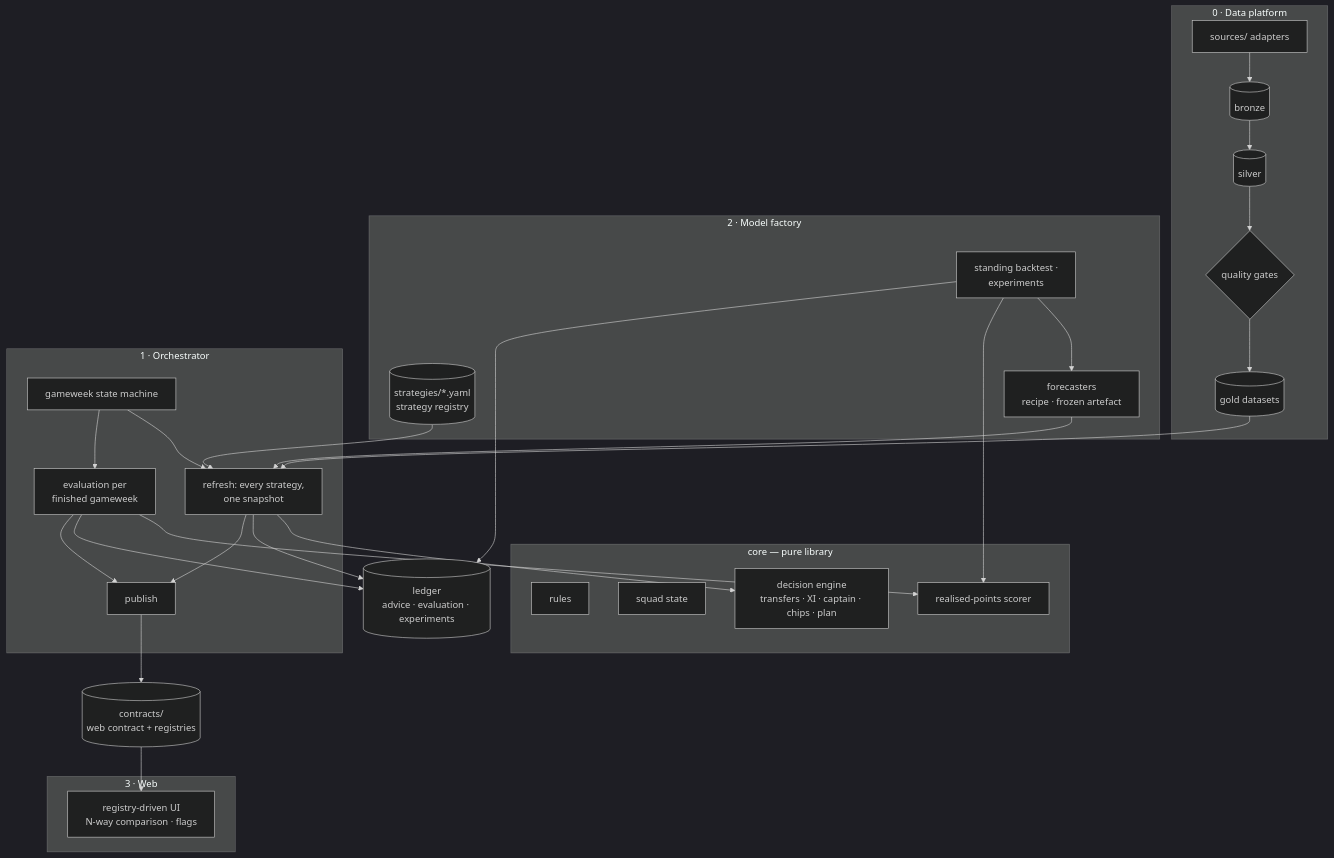
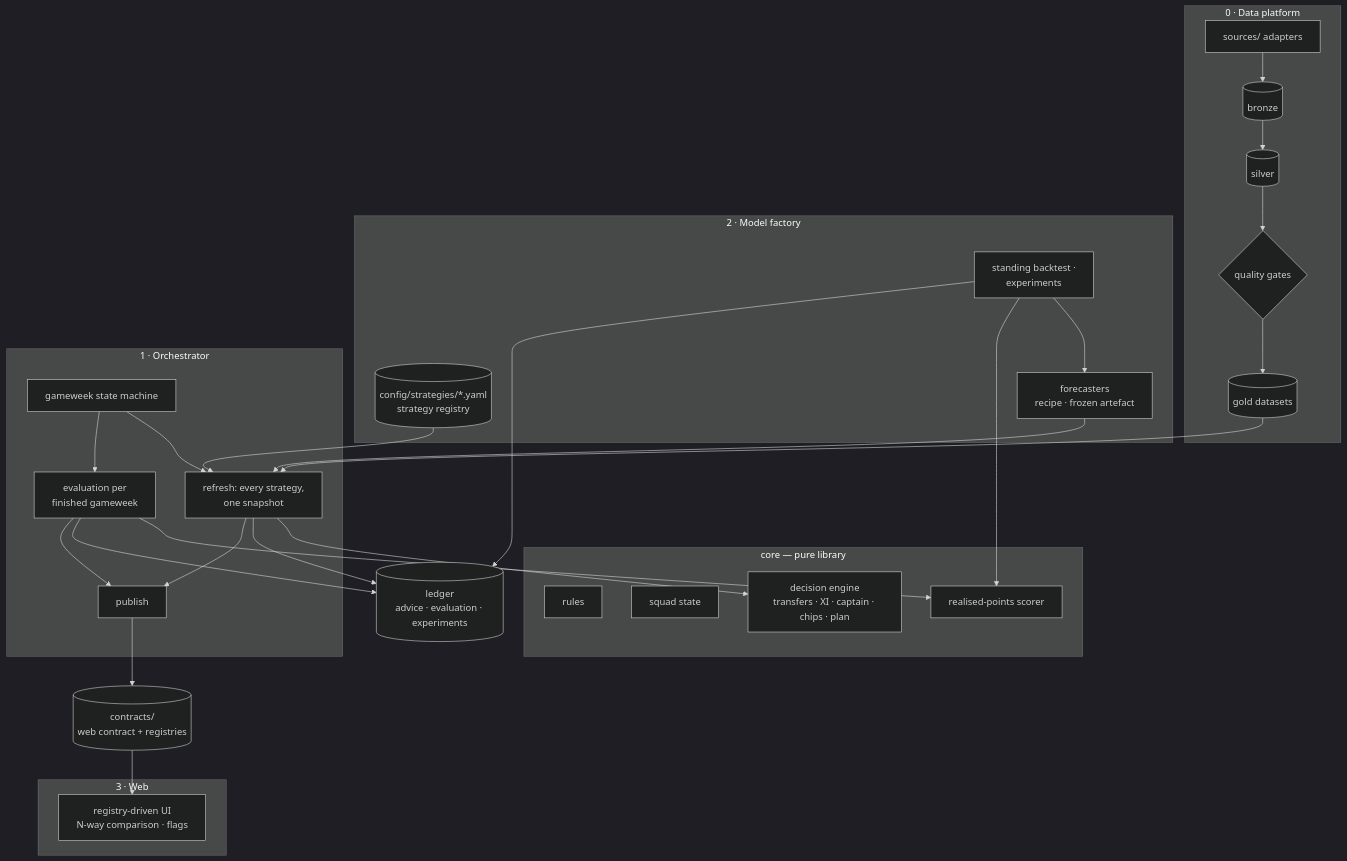
Before and after one commit to talonegg/fpl_dof2: the first of 3 diagrams in docs/planning/05-target-architecture.md, drawn with Mermaid (dark theme). The commit also changed other lines of this file and 5 other files, not shown here.

First line of the commit message:
docs: R1.2.0 resequenced into two drops; archive and odds live; no parity (DL-87)

````diff
--- a/docs/planning/05-target-architecture.md
+++ b/docs/planning/05-target-architecture.md
@@ -77,44 +77,44 @@
 ```mermaid
 flowchart TB
     subgraph M0["0 · Data platform"]
         SRC["sources/ adapters"] --> BR[("bronze")] --> SV[("silver")] --> GT{"quality gates"} --> GD[("gold datasets")]
     end
     subgraph CORE["core — pure library"]
         RU["rules"]
         SQ["squad state"]
         DE["decision engine<br/>transfers · XI · captain · chips · plan"]
         SC["realised-points scorer"]
     end
     subgraph M2["2 · Model factory"]
-        REG[("strategies/*.yaml<br/>strategy registry")]
+        REG[("config/strategies/*.yaml<br/>strategy registry")]
         FC["forecasters<br/>recipe · frozen artefact"]
         BT["standing backtest ·<br/>experiments"]
     end
     subgraph M1["1 · Orchestrator"]
         ST["gameweek state machine"]
         RUN["refresh: every strategy,<br/>one snapshot"]
         EV["evaluation per<br/>finished gameweek"]
         PUB["publish"]
     end
     subgraph M3["3 · Web"]
         UI["registry-driven UI<br/>N-way comparison · flags"]
     end
     LED[("ledger<br/>advice · evaluation · experiments")]
     CON[("contracts/<br/>web contract + registries")]
 
     GD --> RUN
     REG --> RUN
     FC --> RUN
     RUN --> DE
     RUN --> LED
     EV --> SC
     EV --> LED
     BT --> FC
     BT --> SC
     BT --> LED
     PUB --> CON --> UI
     ST --> RUN
     ST --> EV
     RUN --> PUB
     EV --> PUB
 ```
````
